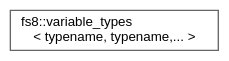
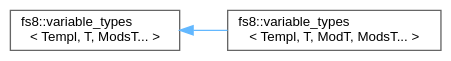
The diagram in api/inherit_graph_149.dot (the-moisrex/foresight), drawn with Graphviz before and after one commit. The commit also changed 381 other files, not shown here.

```diff
--- a/api/inherit_graph_149.dot
+++ b/api/inherit_graph_149.dot
@@ -1,9 +1,11 @@
 digraph "Graphical Class Hierarchy"
 {
  // LATEX_PDF_SIZE
   bgcolor="transparent";
   edge [fontname=Helvetica,fontsize=10,labelfontname=Helvetica,labelfontsize=10];
   node [fontname=Helvetica,fontsize=10,shape=box,height=0.2,width=0.4];
   rankdir="LR";
-  Node0 [id="Node000000",label="fs8::variable_types\l\< typename, typename,... \>",height=0.2,width=0.4,color="grey40", fillcolor="white", style="filled",URL="$structfs8_1_1variable__types.html",tooltip=" "];
+  Node0 [id="Node000000",label="fs8::variable_types\l\< Templ, T, ModsT... \>",height=0.2,width=0.4,color="grey40", fillcolor="white", style="filled",URL="$structfs8_1_1variable__types.html",tooltip=" "];
+  Node0 -> Node1 [id="edge149_Node000000_Node000001",dir="back",color="steelblue1",style="solid",tooltip=" "];
+  Node1 [id="Node000001",label="fs8::variable_types\l\< Templ, T, ModT, ModsT... \>",height=0.2,width=0.4,color="grey40", fillcolor="white", style="filled",URL="$structfs8_1_1variable__types_3_01Templ_00_01T_00_01ModT_00_01ModsT_8_8_8_01_4.html",tooltip=" "];
 }
```
